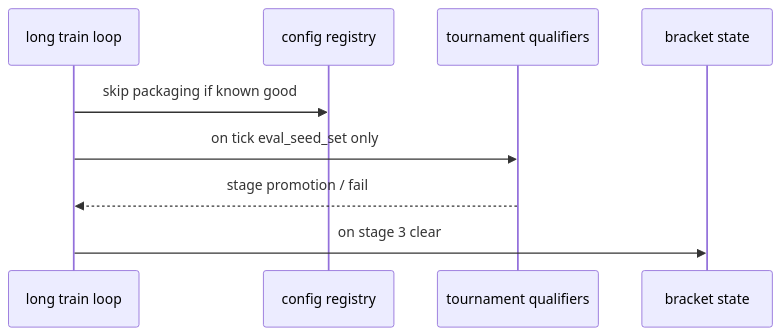
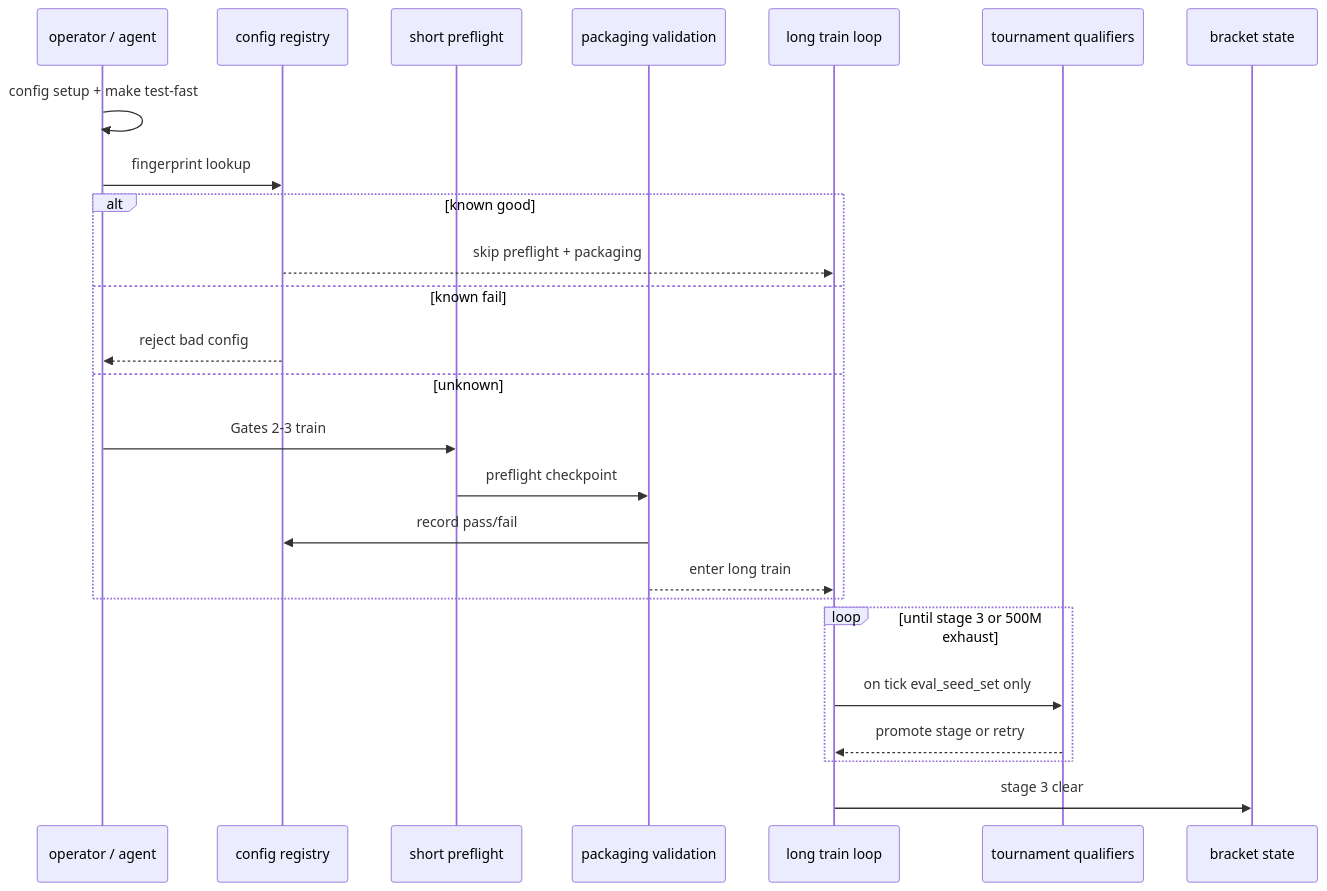
One commit to jmduea/orbit_wars changed the second of 2 diagrams in docs/plans/2026-06-03-013-feat-ssot-training-pipeline-plan.md. Above: the diagram before and after it, drawn with Mermaid. The commit also changed other lines of this file, not shown here.

First line of the commit message:
docs(plan): align SSOT pipeline plan with operator flowchart

````diff
--- a/docs/plans/2026-06-03-013-feat-ssot-training-pipeline-plan.md
+++ b/docs/plans/2026-06-03-013-feat-ssot-training-pipeline-plan.md
@@ -85,12 +131,28 @@
 ```mermaid
 sequenceDiagram
+  participant Op as operator / agent
+  participant Reg as config registry
+  participant PF as short preflight
+  participant PV as packaging validation
   participant Train as long train loop
-  participant Reg as config registry
   participant TQ as tournament qualifiers
   participant Br as bracket state
 
-  Train->>Reg: skip packaging if known good
-  Train->>TQ: on tick eval_seed_set only
-  TQ-->>Train: stage promotion / fail
-  Train->>Br: on stage 3 clear
+  Op->>Op: config setup + make test-fast
+  Op->>Reg: fingerprint lookup
+  alt known good
+    Reg-->>Train: skip preflight + packaging
+  else known fail
+    Reg-->>Op: reject bad config
+  else unknown
+    Op->>PF: Gates 2-3 train
+    PF->>PV: preflight checkpoint
+    PV->>Reg: record pass/fail
+    PV-->>Train: enter long train
+  end
+  loop until stage 3 or 500M exhaust
+    Train->>TQ: on tick eval_seed_set only
+    TQ-->>Train: promote stage or retry
+  end
+  Train->>Br: stage 3 clear
 ```
````
